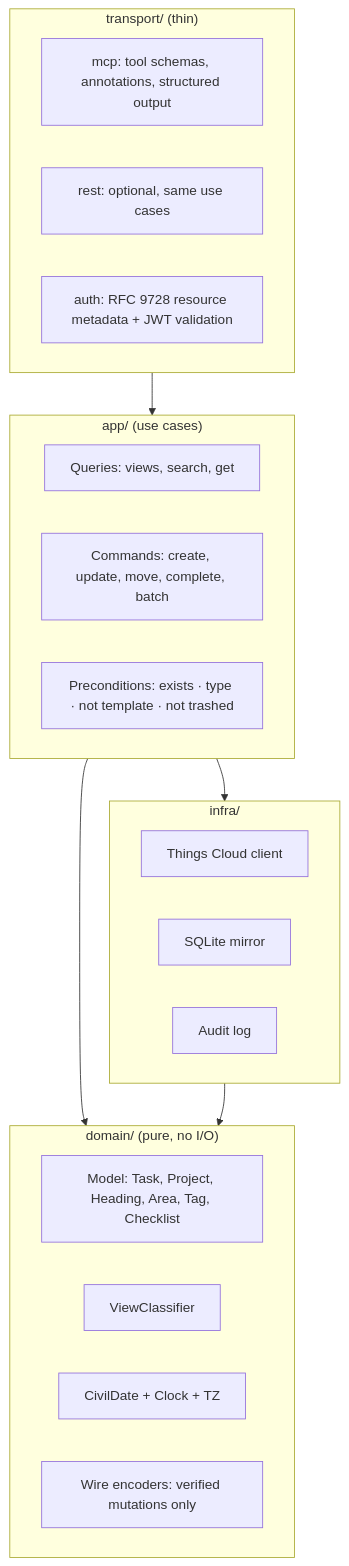
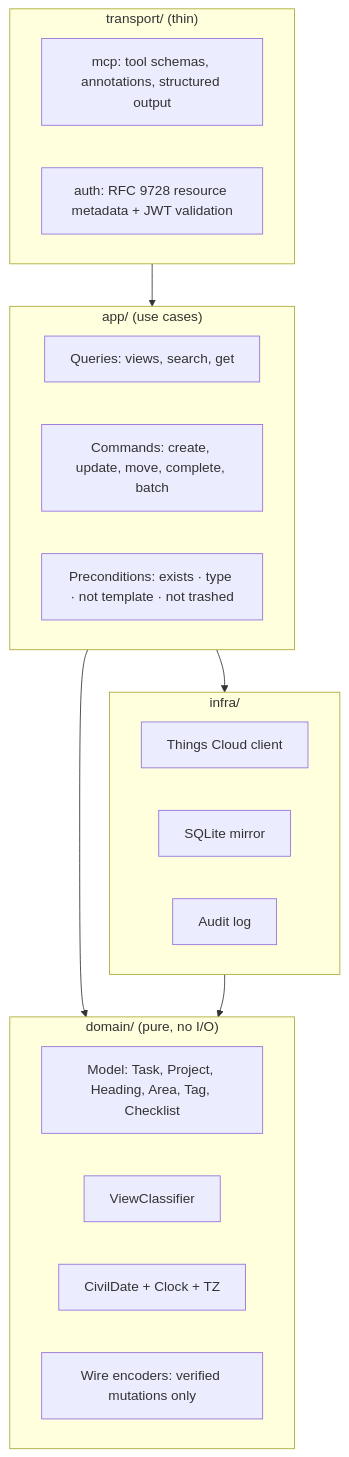
One commit to pachamaker/things-cloud-mcp changed the sixth of 6 diagrams in docs/architecture.md. Above: the diagram before and after it, drawn with Mermaid. The commit also changed other lines of this file and 25 other files, not shown here.

````diff
--- a/docs/architecture.md
+++ b/docs/architecture.md
@@ -210,27 +209,26 @@
 ```mermaid
 flowchart TB
   subgraph transport["transport/ (thin)"]
     mcpT[mcp: tool schemas, annotations, structured output]
-    restT[rest: optional, same use cases]
     oauth[auth: RFC 9728 resource metadata + JWT validation]
   end
   subgraph app["app/ (use cases)"]
     q[Queries: views, search, get]
     c[Commands: create, update, move, complete, batch]
     pre[Preconditions: exists · type · not template · not trashed]
   end
   subgraph domain["domain/ (pure, no I/O)"]
     model[Model: Task, Project, Heading, Area, Tag, Checklist]
     view[ViewClassifier]
     civil[CivilDate + Clock + TZ]
     wire[Wire encoders: verified mutations only]
   end
   subgraph infra["infra/"]
     cloudc[Things Cloud client]
     store[SQLite mirror]
     auditl[Audit log]
   end
   transport --> app --> domain
   app --> infra
   infra --> domain
 ```
````
